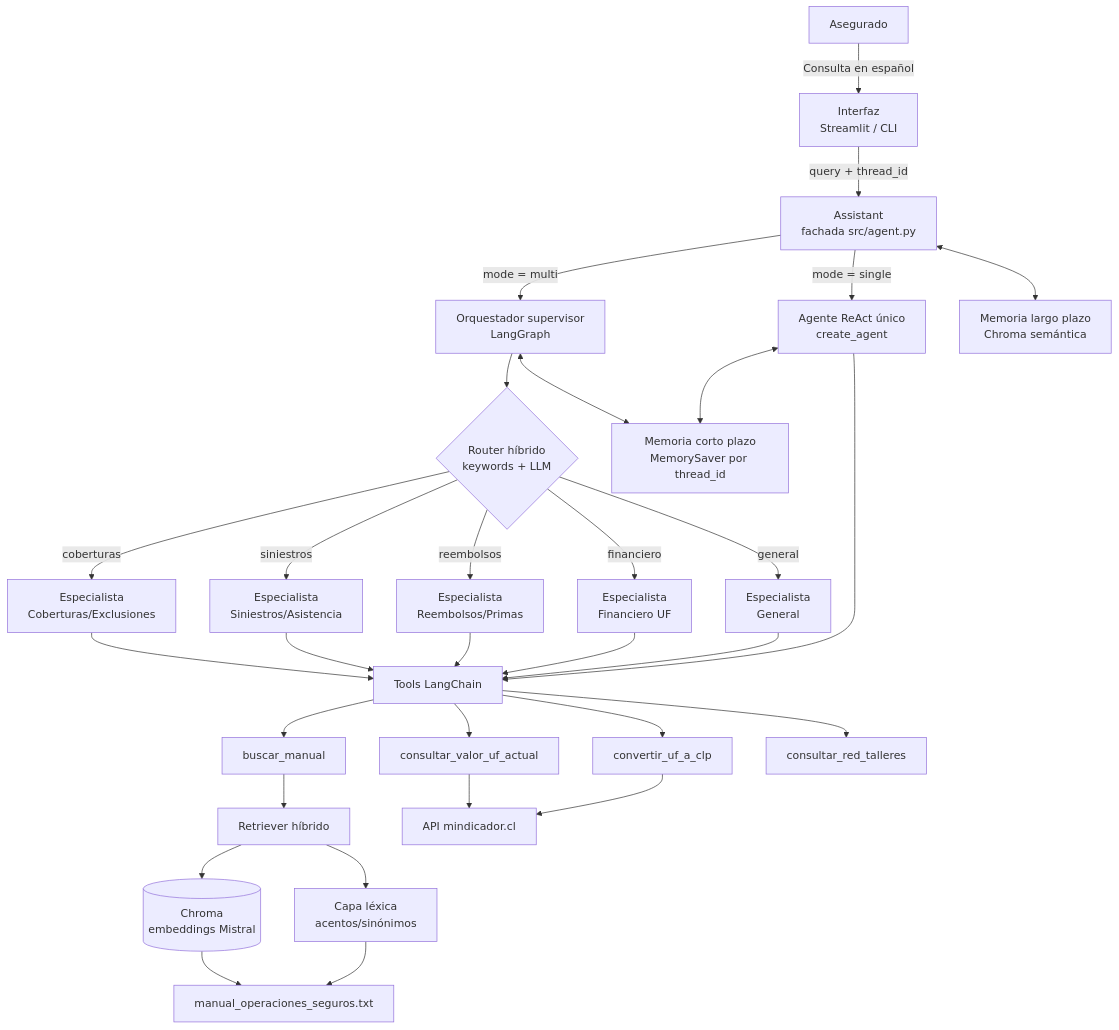
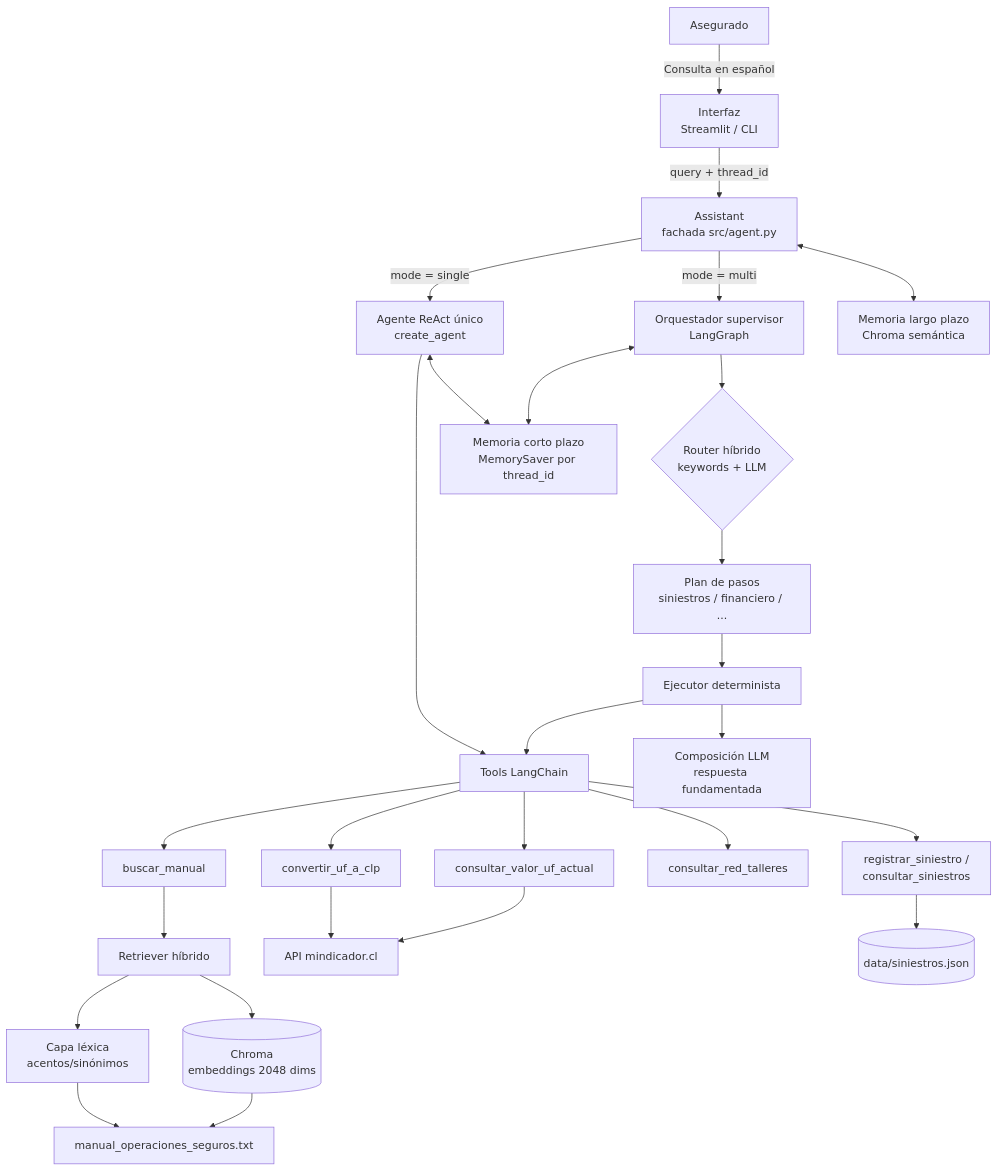
One commit to niccastillo23/ev1IA changed the first of 4 diagrams in docs/arquitectura.md. Above: the diagram before and after it, drawn with Mermaid. The commit also changed other lines of this file and 16 other files, not shown here.

````diff
--- a/docs/arquitectura.md
+++ b/docs/arquitectura.md
@@ -9,36 +9,36 @@
 ```mermaid
 flowchart TD
     A[Asegurado] -->|Consulta en español| B[Interfaz<br/>Streamlit / CLI]
     B -->|query + thread_id| C[Assistant<br/>fachada src/agent.py]
 
     C -->|mode = multi| D[Orquestador supervisor<br/>LangGraph]
     C -->|mode = single| E[Agente ReAct único<br/>create_agent]
 
     D --> F{Router híbrido<br/>keywords + LLM}
-    F -->|coberturas| G[Especialista<br/>Coberturas/Exclusiones]
-    F -->|siniestros| H[Especialista<br/>Siniestros/Asistencia]
-    F -->|reembolsos| I[Especialista<br/>Reembolsos/Primas]
-    F -->|financiero| J[Especialista<br/>Financiero UF]
-    F -->|general| K[Especialista<br/>General]
-
-    G & H & I & J & K --> L[Tools LangChain]
+    F --> PLAN[Plan de pasos<br/>siniestros / financiero / ...]
+    PLAN --> EXEC[Ejecutor determinista]
+    EXEC --> L[Tools LangChain]
+    EXEC --> COMP[Composición LLM<br/>respuesta fundamentada]
     E --> L
 
     L --> M[buscar_manual]
     L --> N[consultar_valor_uf_actual]
     L --> O[convertir_uf_a_clp]
     L --> P[consultar_red_talleres]
+    L --> W2[registrar_siniestro /<br/>consultar_siniestros]
 
     M --> Q[Retriever híbrido]
-    Q --> R[(Chroma<br/>embeddings Mistral)]
+    Q --> R[(Chroma<br/>embeddings 2048 dims)]
     Q --> S[Capa léxica<br/>acentos/sinónimos]
     R --> T[manual_operaciones_seguros.txt]
     S --> T
 
     N --> U[API mindicador.cl]
     O --> U
 
+    W2 --> DB[(data/siniestros.json)]
+
     D <--> V[Memoria corto plazo<br/>MemorySaver por thread_id]
     E <--> V
     C <--> W[Memoria largo plazo<br/>Chroma semántica]
 ```
````
